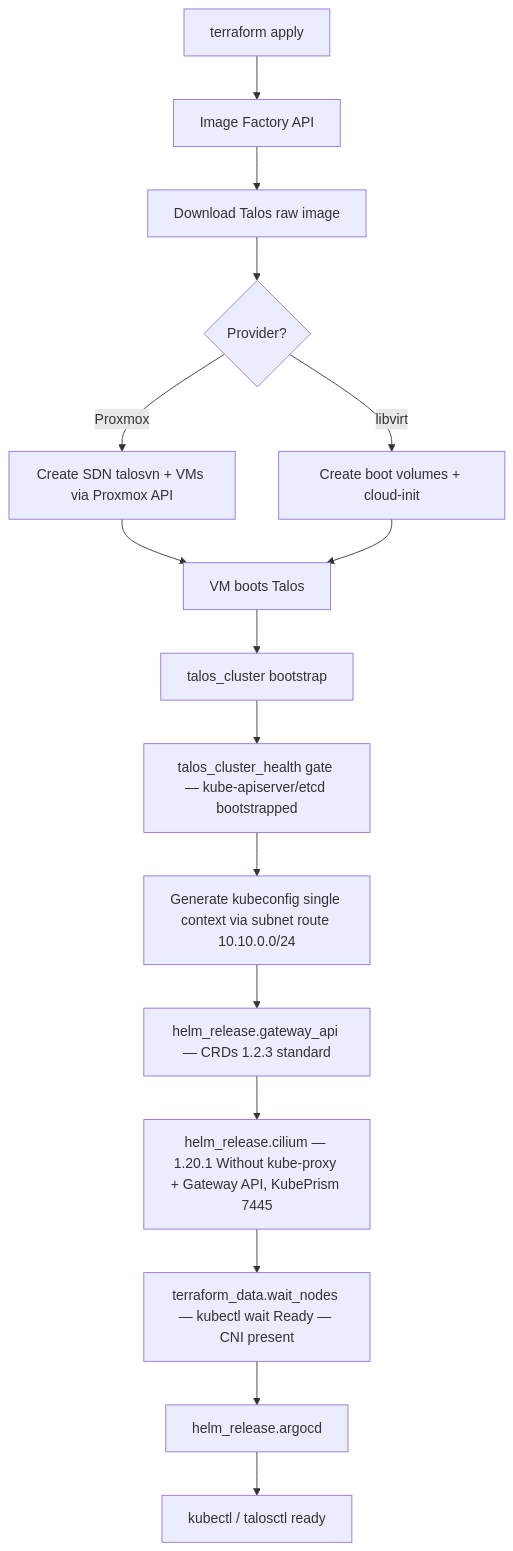
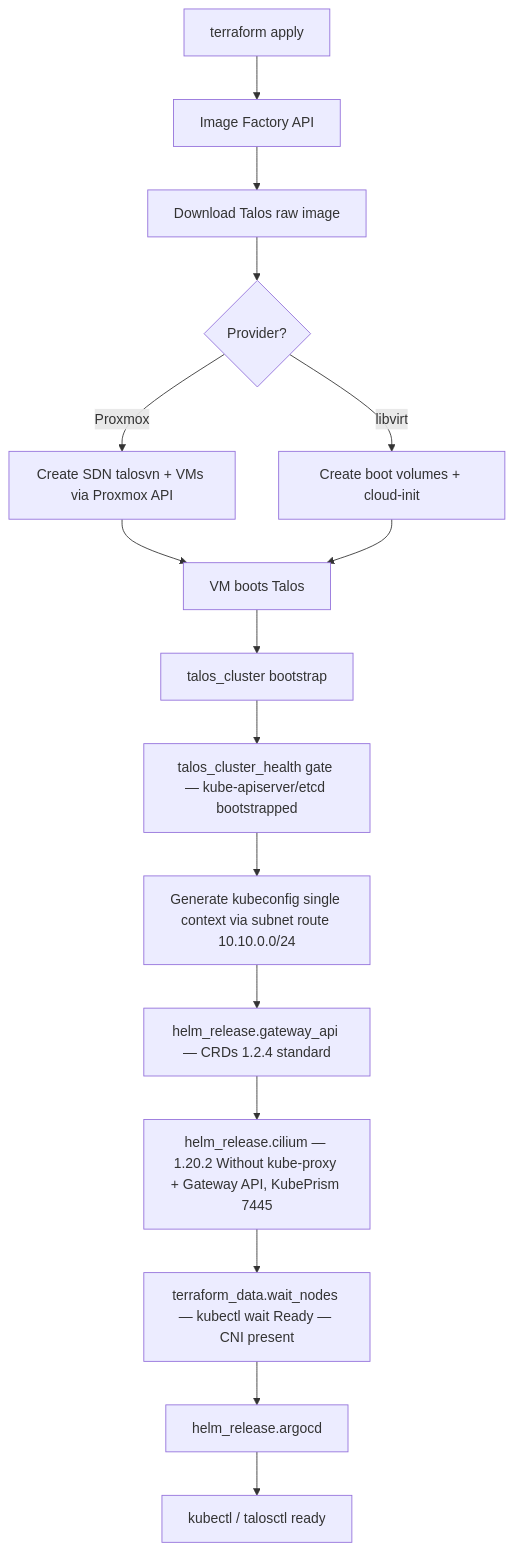
Before and after one commit to Seom88/infra-terraform-talos: the diagram in docs/architecture.md, drawn with Mermaid. The commit also changed other lines of this file and 10 other files, not shown here.

````diff
--- a/docs/architecture.md
+++ b/docs/architecture.md
@@ -96,21 +102,21 @@
 ```mermaid
 flowchart TD
     A[terraform apply] --> B[Image Factory API]
     B --> C[Download Talos raw image]
     C --> D{Provider?}
 
     D -->|Proxmox| E[Create SDN talosvn + VMs via Proxmox API]
     D -->|libvirt| F[Create boot volumes + cloud-init]
 
     E --> G[VM boots Talos]
     F --> G
 
     G --> H[talos_cluster bootstrap]
     H --> I[talos_cluster_health gate — kube-apiserver/etcd bootstrapped]
     I --> J[Generate kubeconfig single context via subnet route 10.10.0.0/24]
-    J --> K[helm_release.gateway_api — CRDs 1.2.3 standard]
-    K --> L[helm_release.cilium — 1.20.1 Without kube-proxy + Gateway API, KubePrism 7445]
+    J --> K[helm_release.gateway_api — CRDs 1.2.4 standard]
+    K --> L[helm_release.cilium — 1.20.2 Without kube-proxy + Gateway API, KubePrism 7445]
     L --> M[terraform_data.wait_nodes — kubectl wait Ready — CNI present]
     M --> N[helm_release.argocd]
     N --> O[kubectl / talosctl ready]
 ```
````
